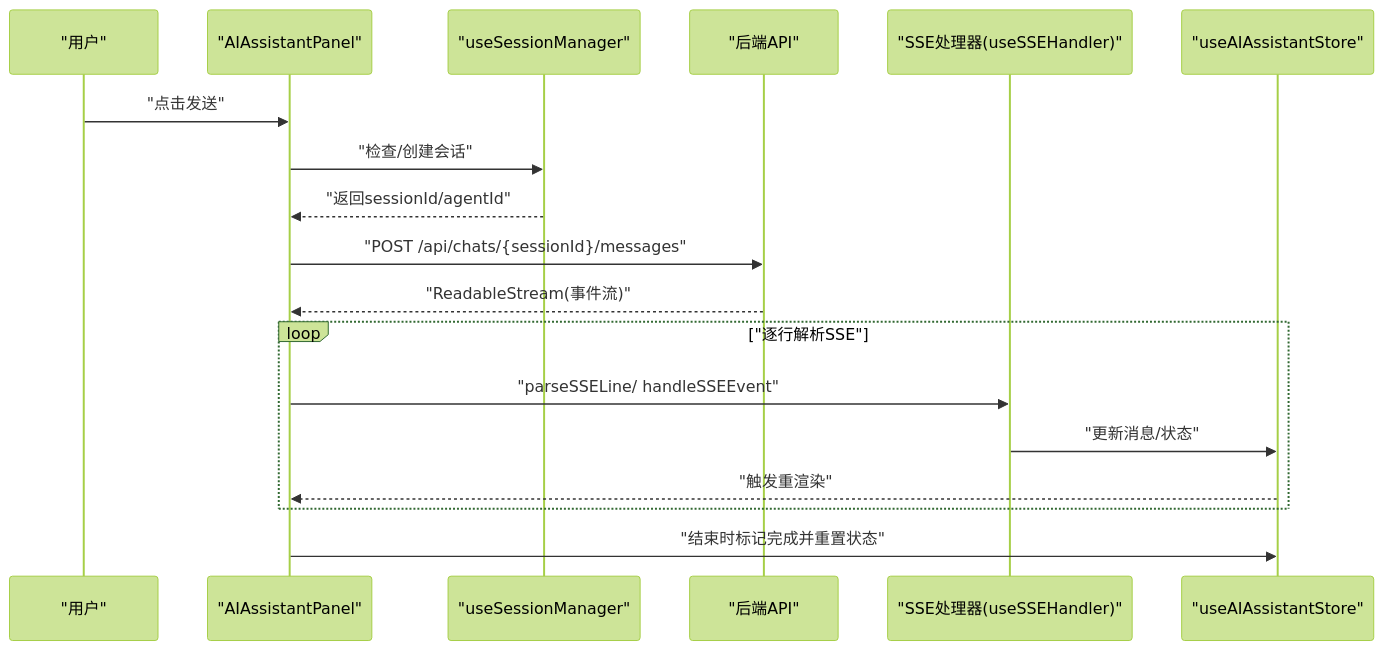
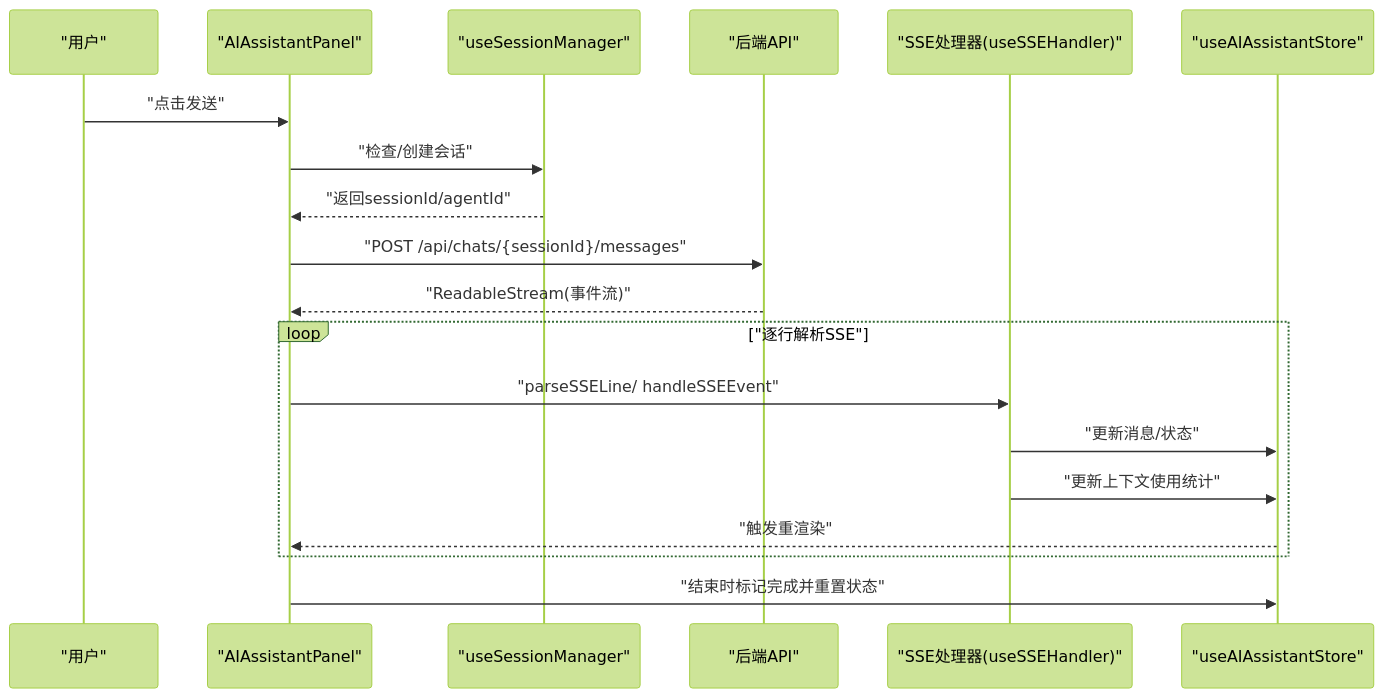
Before and after one commit to KunLabAI/KunFlix: the second of 10 diagrams in .qoder/repowiki/zh/content/前端应用架构/UI组件库/画布组件系统/AI助手面板.md, drawn with Mermaid (forest theme). The commit also changed other lines of this file and 15 other files, not shown here.

````diff
--- a/.qoder/repowiki/zh/content/前端应用架构/UI组件库/画布组件系统/AI助手面板.md
+++ b/.qoder/repowiki/zh/content/前端应用架构/UI组件库/画布组件系统/AI助手面板.md
@@ -147,20 +164,21 @@
 ```mermaid
 sequenceDiagram
 participant U as "用户"
 participant P as "AIAssistantPanel"
 participant S as "useSessionManager"
 participant N as "后端API"
 participant SSE as "SSE处理器(useSSEHandler)"
 participant ST as "useAIAssistantStore"
 U->>P : "点击发送"
 P->>S : "检查/创建会话"
 S-->>P : "返回sessionId/agentId"
 P->>N : "POST /api/chats/{sessionId}/messages"
 N-->>P : "ReadableStream(事件流)"
 loop "逐行解析SSE"
 P->>SSE : "parseSSELine/ handleSSEEvent"
 SSE->>ST : "更新消息/状态"
+SSE->>ST : "更新上下文使用统计"
 ST-->>P : "触发重渲染"
 end
 P->>ST : "结束时标记完成并重置状态"
 ```
````
